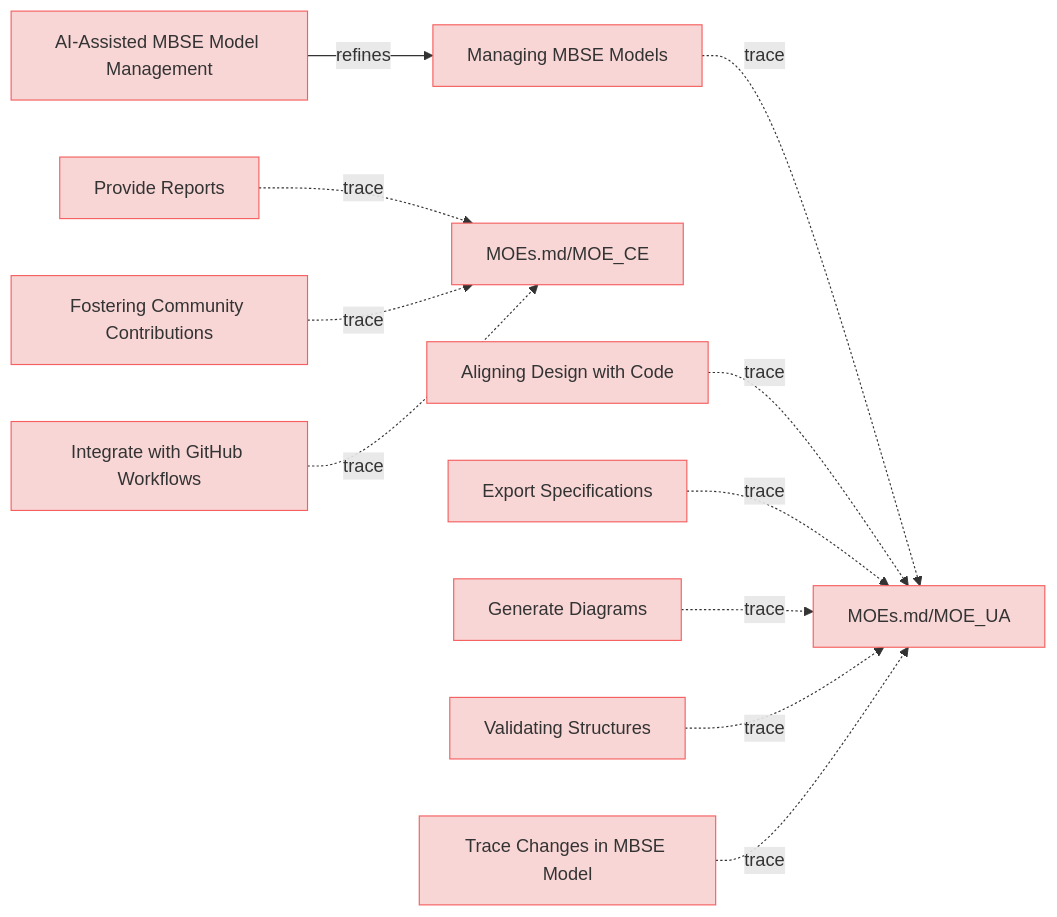
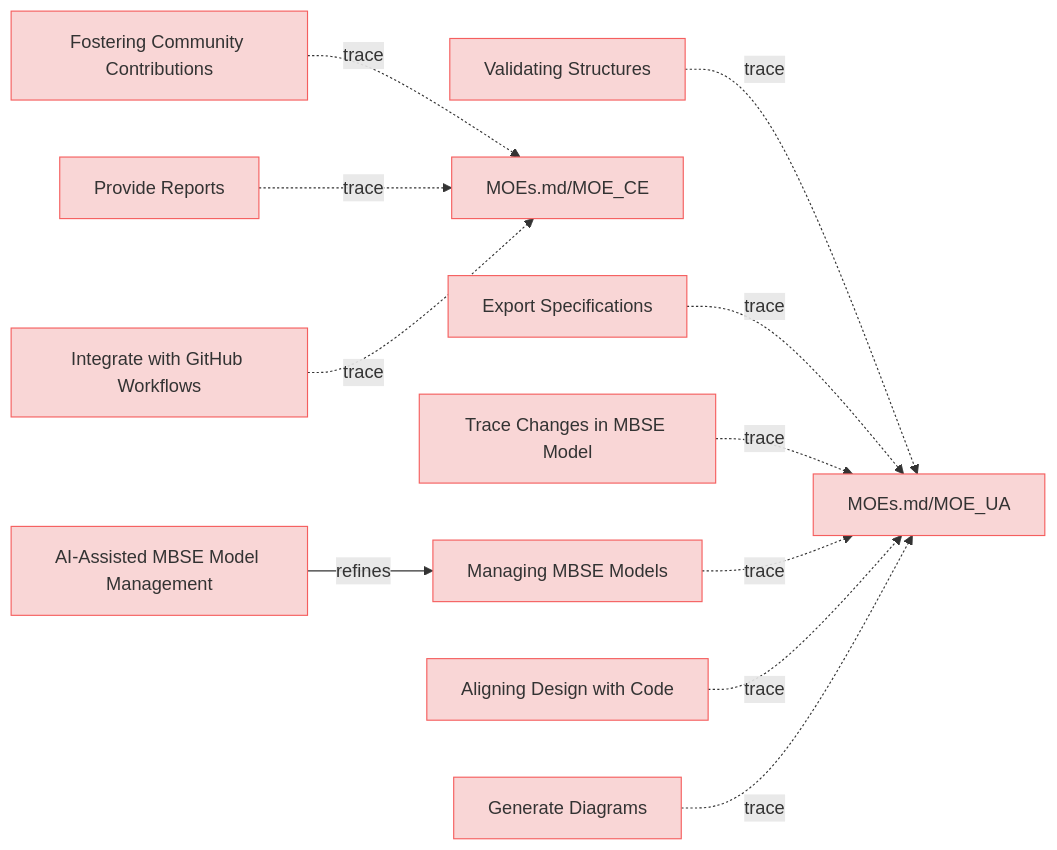
The diagram in specifications/UserStories.md (reqvire-org/reqvire), drawn with Mermaid before and after one commit. The commit also changed other lines of this file and 29 other files, not shown here.

````diff
--- a/specifications/UserStories.md
+++ b/specifications/UserStories.md
@@ -12,55 +12,55 @@
 ```mermaid
 graph LR;
   %% Graph styling
   classDef requirement fill:#f9d6d6,stroke:#f55f5f,stroke-width:1px;
   classDef verification fill:#d6f9d6,stroke:#5fd75f,stroke-width:1px;
   classDef externalLink fill:#d0e0ff,stroke:#3080ff,stroke-width:1px;
   classDef default fill:#f5f5f5,stroke:#333333,stroke-width:1px;
 
-  e61b7c1baa89bfc6["Managing MBSE Models"];
-  class e61b7c1baa89bfc6 requirement;
-  click e61b7c1baa89bfc6 "UserStories.md#managing-mbse-models";
+  113748a94885138d["Validating Structures"];
+  class 113748a94885138d requirement;
+  click 113748a94885138d "UserStories.md#validating-structures";
   2c5f30f14e792200["MOEs.md/MOE_UA"];
   class 2c5f30f14e792200 requirement;
   click 2c5f30f14e792200 "MOEs.md#moe_ua";
-  e61b7c1baa89bfc6 -.->|trace| 2c5f30f14e792200;
-  91a0adb0b4d959c4["Provide Reports"];
-  class 91a0adb0b4d959c4 requirement;
-  click 91a0adb0b4d959c4 "UserStories.md#provide-reports";
+  113748a94885138d -.->|trace| 2c5f30f14e792200;
+  1c32d488dd358c54["Fostering Community Contributions"];
+  class 1c32d488dd358c54 requirement;
+  click 1c32d488dd358c54 "UserStories.md#fostering-community-contributions";
   e9ad540a6411a0fc["MOEs.md/MOE_CE"];
   class e9ad540a6411a0fc requirement;
   click e9ad540a6411a0fc "MOEs.md#moe_ce";
-  91a0adb0b4d959c4 -.->|trace| e9ad540a6411a0fc;
-  855a1b3061c7bcdd["Aligning Design with Code"];
-  class 855a1b3061c7bcdd requirement;
-  click 855a1b3061c7bcdd "UserStories.md#aligning-design-with-code";
-  855a1b3061c7bcdd -.->|trace| 2c5f30f14e792200;
+  1c32d488dd358c54 -.->|trace| e9ad540a6411a0fc;
   b3b899678f557ee9["Export Specifications"];
   class b3b899678f557ee9 requirement;
   click b3b899678f557ee9 "UserStories.md#export-specifications";
   b3b899678f557ee9 -.->|trace| 2c5f30f14e792200;
-  1c32d488dd358c54["Fostering Community Contributions"];
-  class 1c32d488dd358c54 requirement;
-  click 1c32d488dd358c54 "UserStories.md#fostering-community-contributions";
-  1c32d488dd358c54 -.->|trace| e9ad540a6411a0fc;
+  91a0adb0b4d959c4["Provide Reports"];
+  class 91a0adb0b4d959c4 requirement;
+  click 91a0adb0b4d959c4 "UserStories.md#provide-reports";
+  91a0adb0b4d959c4 -.->|trace| e9ad540a6411a0fc;
+  5ef9c8ae19a9f55a["Trace Changes in MBSE Model"];
+  class 5ef9c8ae19a9f55a requirement;
+  click 5ef9c8ae19a9f55a "UserStories.md#trace-changes-in-mbse-model";
+  5ef9c8ae19a9f55a -.->|trace| 2c5f30f14e792200;
+  e61b7c1baa89bfc6["Managing MBSE Models"];
+  class e61b7c1baa89bfc6 requirement;
+  click e61b7c1baa89bfc6 "UserStories.md#managing-mbse-models";
+  e61b7c1baa89bfc6 -.->|trace| 2c5f30f14e792200;
   cd2d5dab49985ca2["AI-Assisted MBSE Model Management"];
   class cd2d5dab49985ca2 requirement;
   click cd2d5dab49985ca2 "UserStories.md#ai-assisted-mbse-model-management";
   cd2d5dab49985ca2 -->|refines| e61b7c1baa89bfc6;
   98eaeddc27f99e11["Integrate with GitHub Workflows"];
   class 98eaeddc27f99e11 requirement;
   click 98eaeddc27f99e11 "UserStories.md#integrate-with-github-workflows";
   98eaeddc27f99e11 -.->|trace| e9ad540a6411a0fc;
+  855a1b3061c7bcdd["Aligning Design with Code"];
+  class 855a1b3061c7bcdd requirement;
+  click 855a1b3061c7bcdd "UserStories.md#aligning-design-with-code";
+  855a1b3061c7bcdd -.->|trace| 2c5f30f14e792200;
   37a5b8e199a838f["Generate Diagrams"];
   class 37a5b8e199a838f requirement;
   click 37a5b8e199a838f "UserStories.md#generate-diagrams";
   37a5b8e199a838f -.->|trace| 2c5f30f14e792200;
-  113748a94885138d["Validating Structures"];
-  class 113748a94885138d requirement;
-  click 113748a94885138d "UserStories.md#validating-structures";
-  113748a94885138d -.->|trace| 2c5f30f14e792200;
-  5ef9c8ae19a9f55a["Trace Changes in MBSE Model"];
-  class 5ef9c8ae19a9f55a requirement;
-  click 5ef9c8ae19a9f55a "UserStories.md#trace-changes-in-mbse-model";
-  5ef9c8ae19a9f55a -.->|trace| 2c5f30f14e792200;
 ```
````
